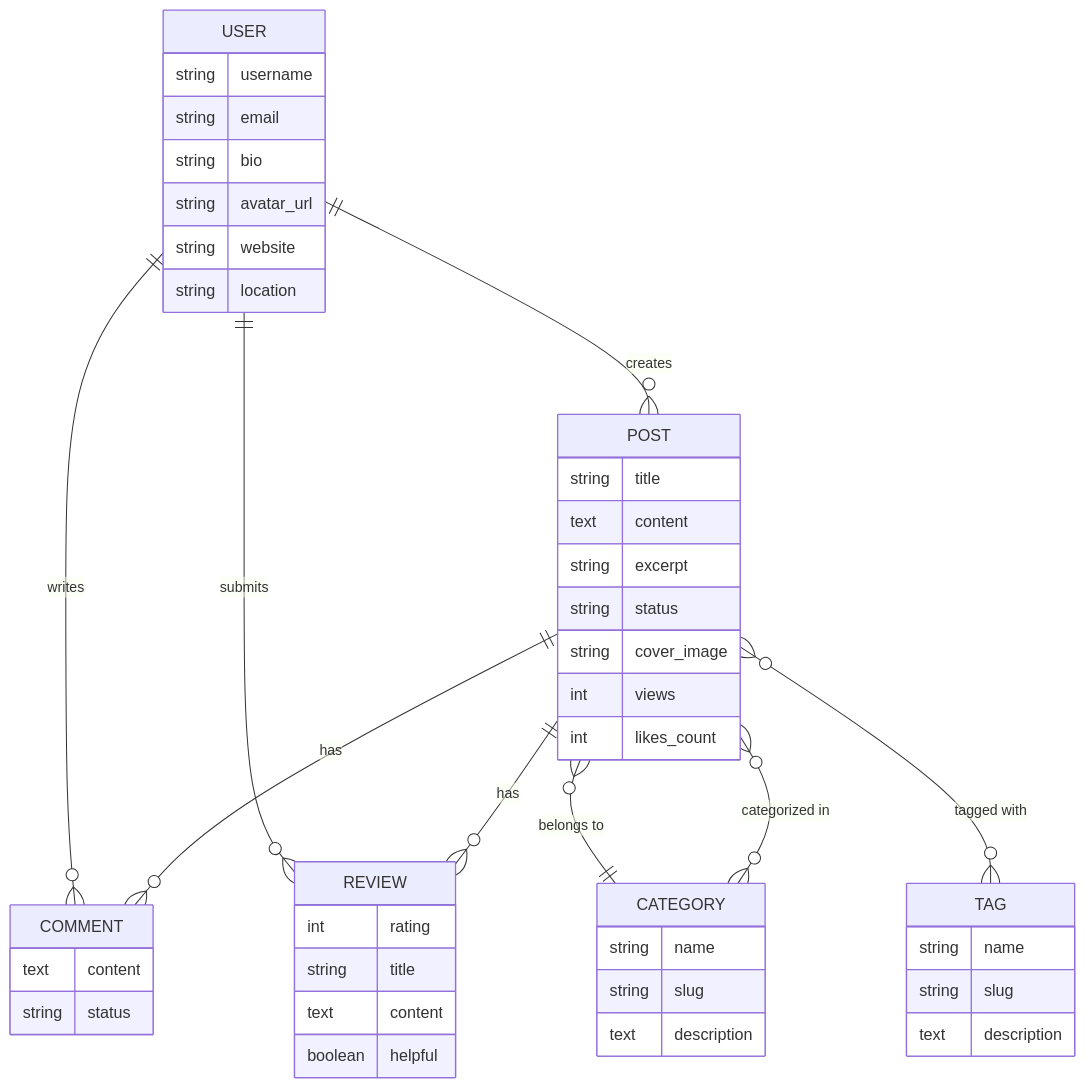
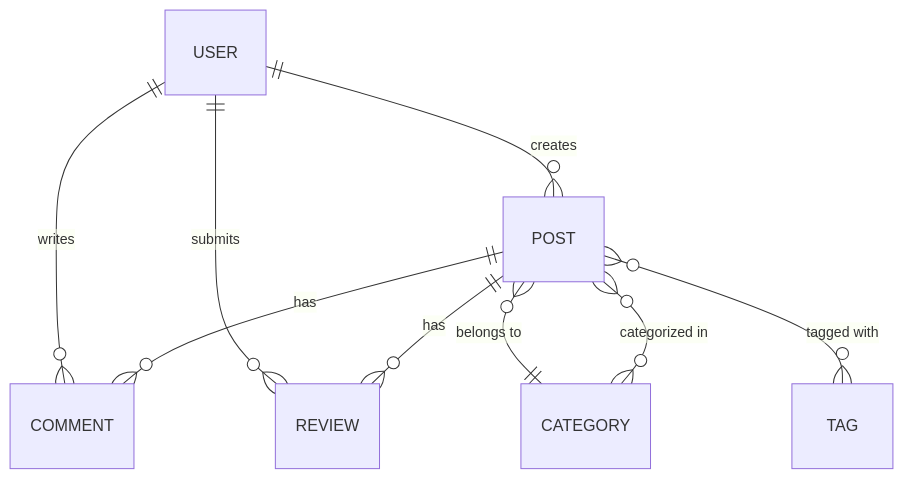
Before and after one commit to Kratosgado/java_blog: the first of 3 diagrams in DATABASE_MODELS.md, drawn with Mermaid. The commit also changed other lines of this file and 1 other file, not shown here.

Commit message:
update Logical Model diagram

````diff
--- a/DATABASE_MODELS.md
+++ b/DATABASE_MODELS.md
@@ -17,55 +18,31 @@
 ```mermaid
 erDiagram
     USER ||--o{ POST : "creates"
     USER ||--o{ COMMENT : "writes"
     USER ||--o{ REVIEW : "submits"
-    
+
     POST ||--o{ COMMENT : "has"
     POST ||--o{ REVIEW : "has"
     POST }o--|| CATEGORY : "belongs to"
     POST }o--o{ TAG : "tagged with"
     POST }o--o{ CATEGORY : "categorized in"
-    
+
     USER {
-        string username
-        string email
-        string bio
-        string avatar_url
-        string website
-        string location
+
     }
-    
+
     POST {
-        string title
-        text content
-        string excerpt
-        string status
-        string cover_image
-        int views
-        int likes_count
     }
-    
+
     CATEGORY {
-        string name
-        string slug
-        text description
     }
-    
+
     TAG {
-        string name
-        string slug
-        text description
     }
-    
+
     COMMENT {
-        text content
-        string status
     }
-    
+
     REVIEW {
-        int rating
-        string title
-        text content
-        boolean helpful
     }
 ```
````
